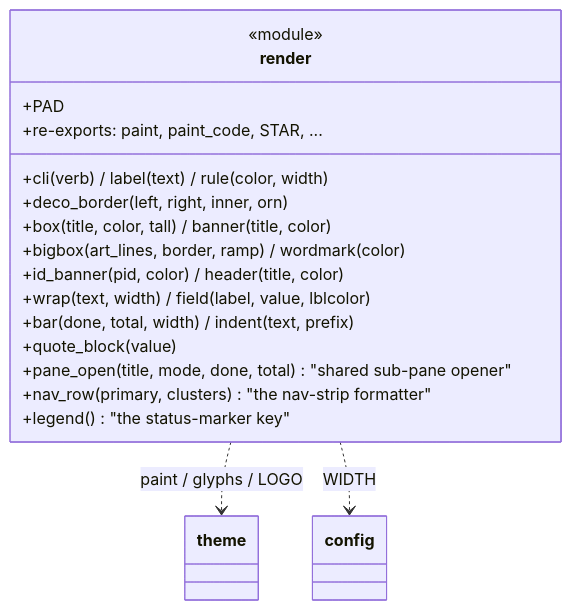
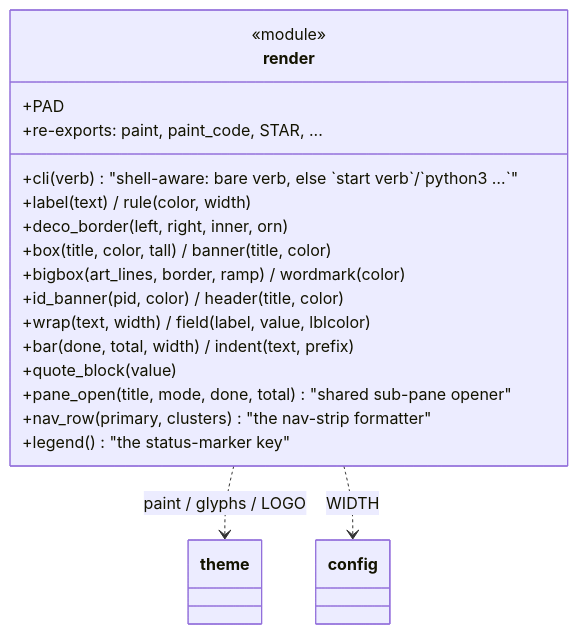
The third of 4 diagrams in docs/architecture/visuals.md (N041M/PyQuest), drawn with Mermaid before and after one commit. The commit also changed 12 other files, not shown here.

````diff
--- a/docs/architecture/visuals.md
+++ b/docs/architecture/visuals.md
@@ -51,21 +51,22 @@
 ```mermaid
 classDiagram
     class render {
         <<module>>
         +PAD
-        +cli(verb) / label(text) / rule(color, width)
+        +cli(verb)  "shell-aware: bare verb, else `start verb`/`python3 …`"
+        +label(text) / rule(color, width)
         +deco_border(left, right, inner, orn)
         +box(title, color, tall) / banner(title, color)
         +bigbox(art_lines, border, ramp) / wordmark(color)
         +id_banner(pid, color) / header(title, color)
         +wrap(text, width) / field(label, value, lblcolor)
         +bar(done, total, width) / indent(text, prefix)
         +quote_block(value)
         +pane_open(title, mode, done, total)  "shared sub-pane opener"
         +nav_row(primary, clusters)  "the nav-strip formatter"
         +legend()  "the status-marker key"
         +re-exports: paint, paint_code, STAR, ...
     }
     render ..> theme : paint / glyphs / LOGO
     render ..> config : WIDTH
 ```
````
